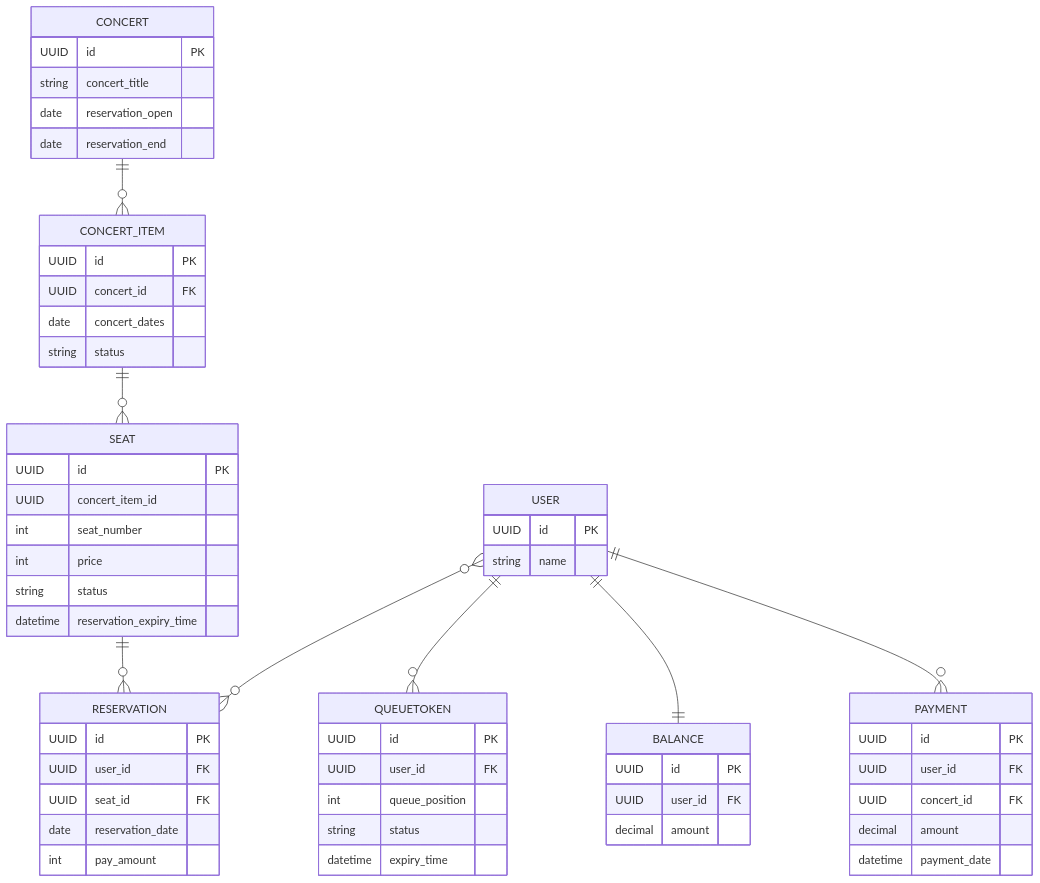
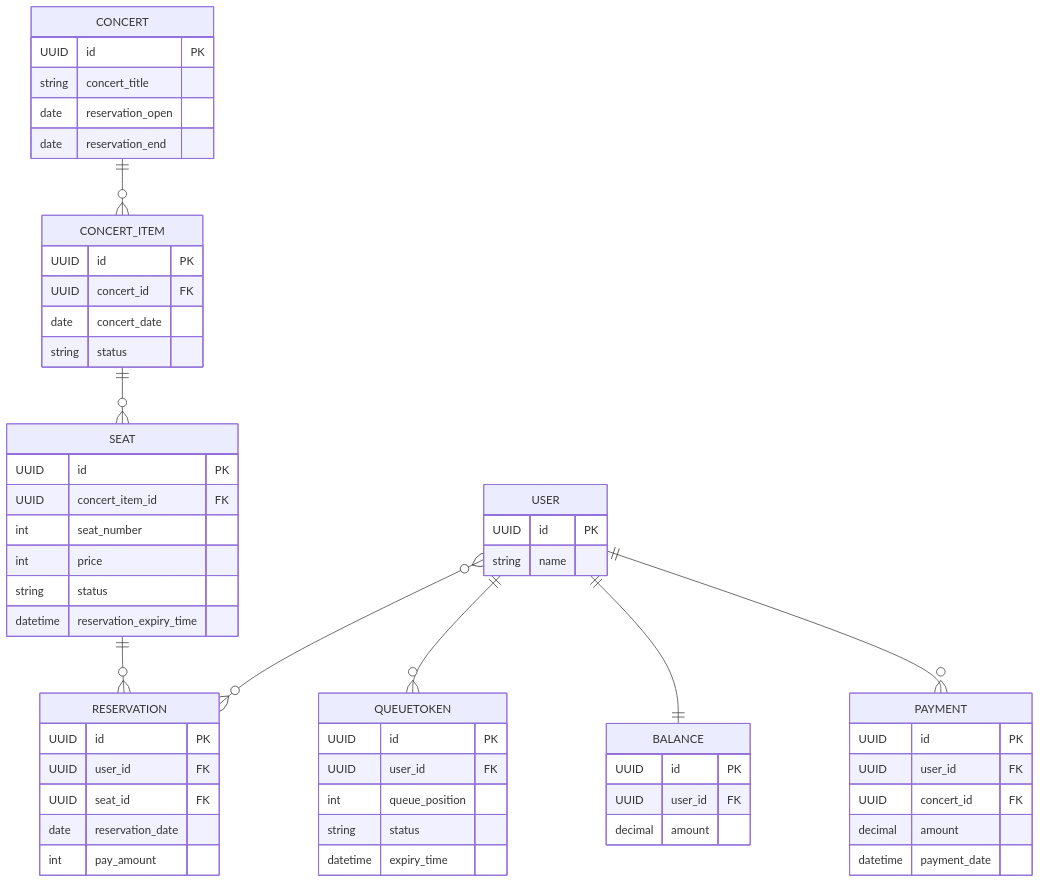
One commit to jjuya21/concert changed the fifth of 5 diagrams in README.MD. Above: the diagram before and after it, drawn with Mermaid.

````diff
--- a/README.MD
+++ b/README.MD
@@ -118,69 +118,69 @@
 ```mermaid
 erDiagram
     USER {
         UUID id PK
         string name
     }
 
     QUEUETOKEN {
         UUID id PK
         UUID user_id FK
         int queue_position
         string status
         datetime expiry_time
     }
 
     CONCERT_ITEM {
         UUID id PK
         UUID concert_id FK
-        date concert_dates
+        date concert_date
         string status
     }
 
     SEAT {
         UUID id PK
-        UUID concert_item_id
+        UUID concert_item_id FK
         int seat_number
         int price
         string status
         datetime reservation_expiry_time
     }
 
     PAYMENT {
         UUID id PK
         UUID user_id FK
         UUID concert_id FK
         decimal amount
         datetime payment_date
     }
 
     BALANCE {
         UUID id PK
         UUID user_id FK
         decimal amount
     }
 
     CONCERT {
         UUID id PK
         string concert_title
         date reservation_open
         date reservation_end
     }
 
     RESERVATION {
         UUID id PK
         UUID user_id FK
         UUID seat_id FK
         date reservation_date
         int pay_amount
     }
 
     %% Relationships
     USER ||--o{ QUEUETOKEN : ""
     USER ||--|| BALANCE : ""
     CONCERT_ITEM ||--o{ SEAT : ""
     SEAT ||--o{ RESERVATION : ""
     CONCERT ||--o{ CONCERT_ITEM : ""
     USER ||--o{ PAYMENT : ""
     USER }o--o{ RESERVATION : ""
 ```
````
